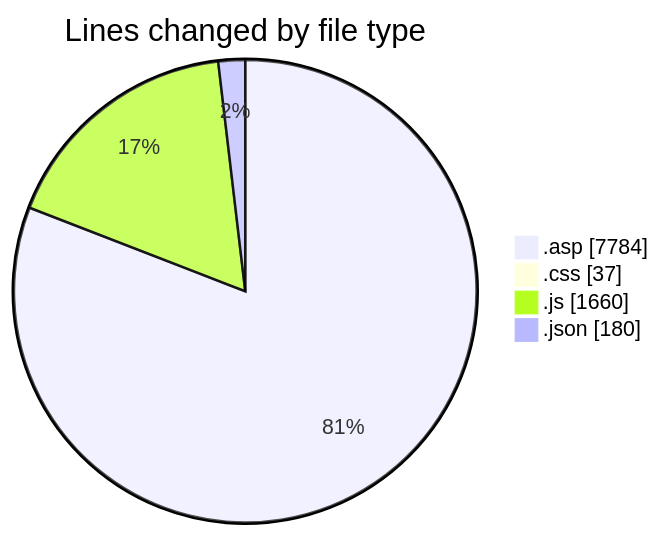
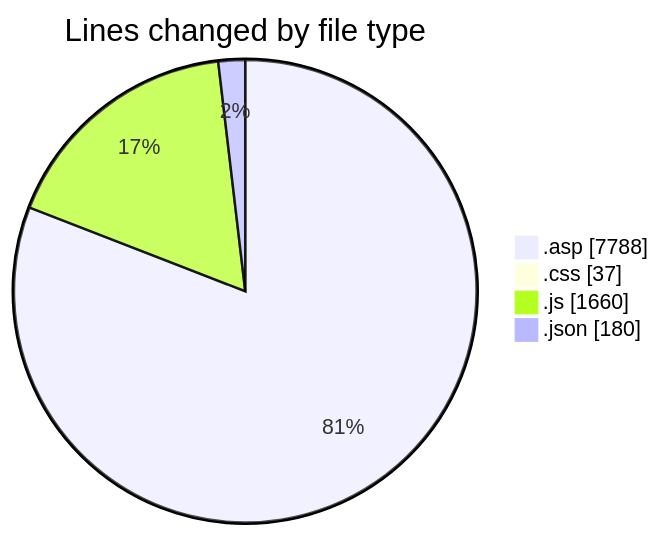
One commit to julien-gomy/code-tracking changed the first of 2 diagrams in 2025-11-02/cdp_aleoudev_fr__workspace_/README.md. Above: the diagram before and after it, drawn with Mermaid. The commit also changed other lines of this file and 1 other file, not shown here.

````diff
--- a/2025-11-02/cdp_aleoudev_fr__workspace_/README.md
+++ b/2025-11-02/cdp_aleoudev_fr__workspace_/README.md
@@ -28,8 +28,8 @@
 ```mermaid
 pie showData
 title Lines changed by file type
-".asp" : 7784
+".asp" : 7788
 ".css" : 37
 ".js" : 1660
 ".json" : 180
 ```
````
